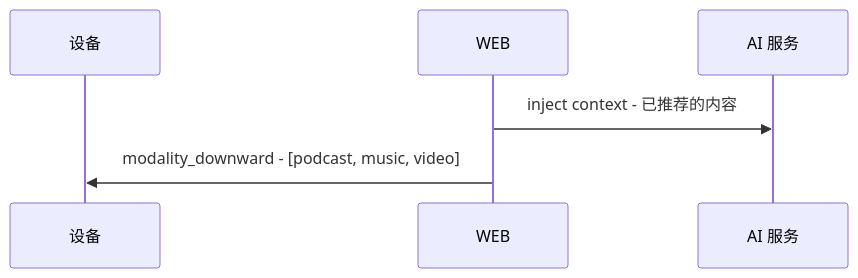
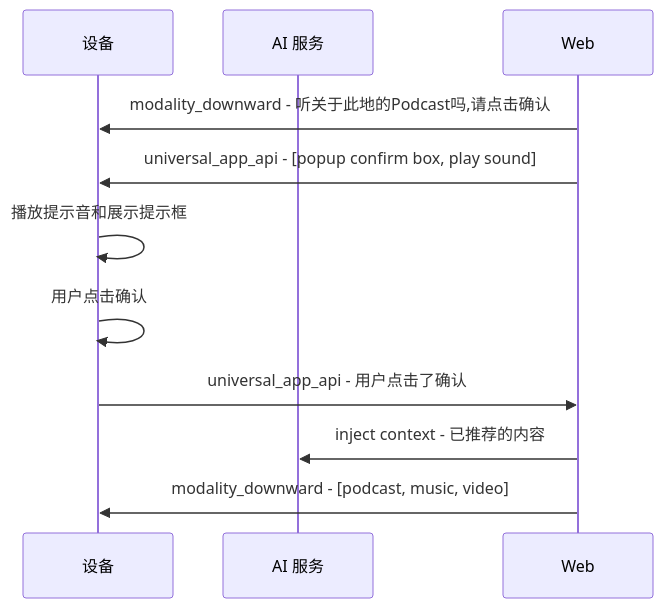
One commit to shaojun/open_docs changed the third of 7 diagrams in projects/commercial/USER_STORY.md. Above: the diagram before and after it, drawn with Mermaid. The commit also changed other lines of this file, not shown here.

````diff
--- a/projects/commercial/USER_STORY.md
+++ b/projects/commercial/USER_STORY.md
@@ -23,8 +35,12 @@
 ```mermaid
 sequenceDiagram
     participant Device as 设备
-    participant Web as WEB
     participant AIService as AI 服务
+    Web->>Device: modality_downward - 听关于此地的Podcast吗,请点击确认 
+    Web->>Device: universal_app_api - [popup confirm box, play sound]
+    Device->>Device: 播放提示音和展示提示框
+    Device->>Device: 用户点击确认
+    Device->>Web: universal_app_api - 用户点击了确认
     Web->>AIService: inject context - 已推荐的内容  
     Web->>Device: modality_downward - [podcast, music, video]
 ```
````
